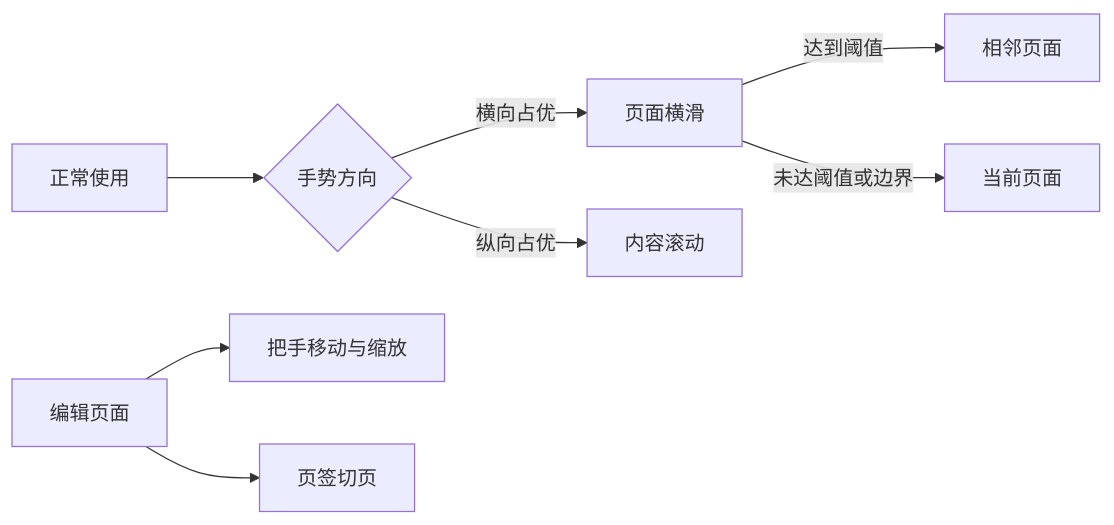
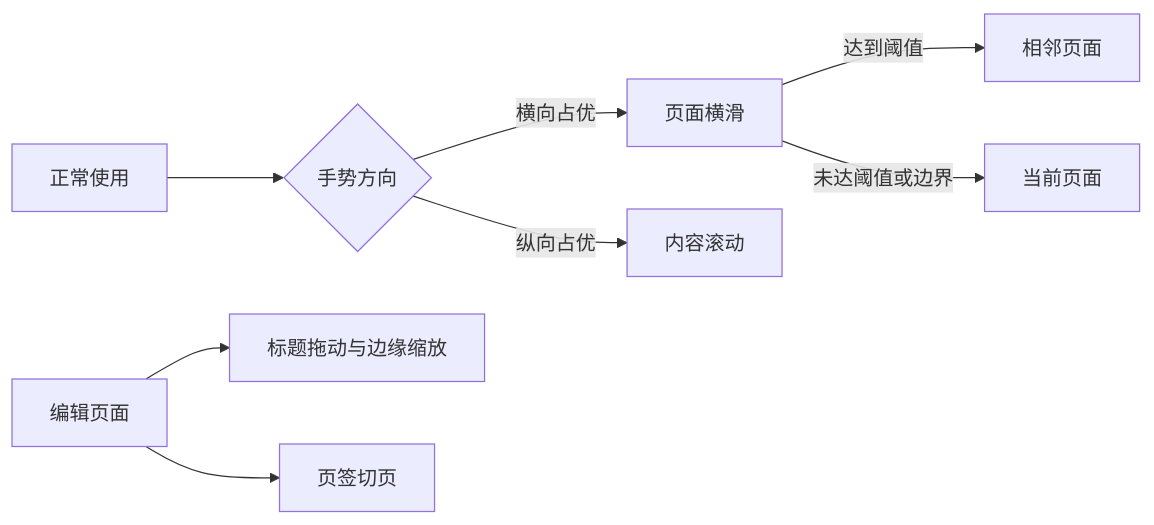
One commit to leowzz/deskbar changed the second of 2 diagrams in docs/workbench.md. Above: the diagram before and after it, drawn with Mermaid. The commit also changed other lines of this file and 21 other files, not shown here.

````diff
--- a/docs/workbench.md
+++ b/docs/workbench.md
@@ -54,10 +54,10 @@
 ```mermaid
 flowchart LR
   Normal[正常使用] --> Direction{手势方向}
   Direction -->|横向占优| Swipe[页面横滑]
   Direction -->|纵向占优| Scroll[内容滚动]
   Swipe -->|达到阈值| Next[相邻页面]
   Swipe -->|未达阈值或边界| Current[当前页面]
-  Editing[编辑页面] --> Handle[把手移动与缩放]
+  Editing[编辑页面] --> Handle[标题拖动与边缘缩放]
   Editing --> Tabs[页签切页]
 ```
````
